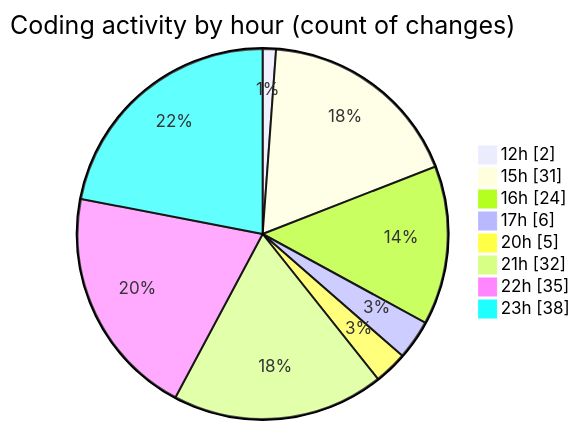
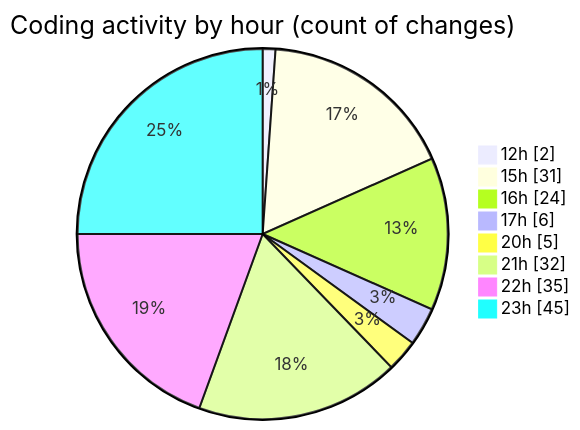
Before and after one commit to momahboobian/code-tracking: the second of 2 diagrams in 2025-02-26/cda/README.md, drawn with Mermaid. The commit also changed other lines of this file and 1 other file, not shown here.

````diff
--- a/2025-02-26/cda/README.md
+++ b/2025-02-26/cda/README.md
@@ -49,12 +51,12 @@
 ```mermaid
 pie showData
 title Coding activity by hour (count of changes)
 "12h" : 2
 "15h" : 31
 "16h" : 24
 "17h" : 6
 "20h" : 5
 "21h" : 32
 "22h" : 35
-"23h" : 38
+"23h" : 45
 ```
````
